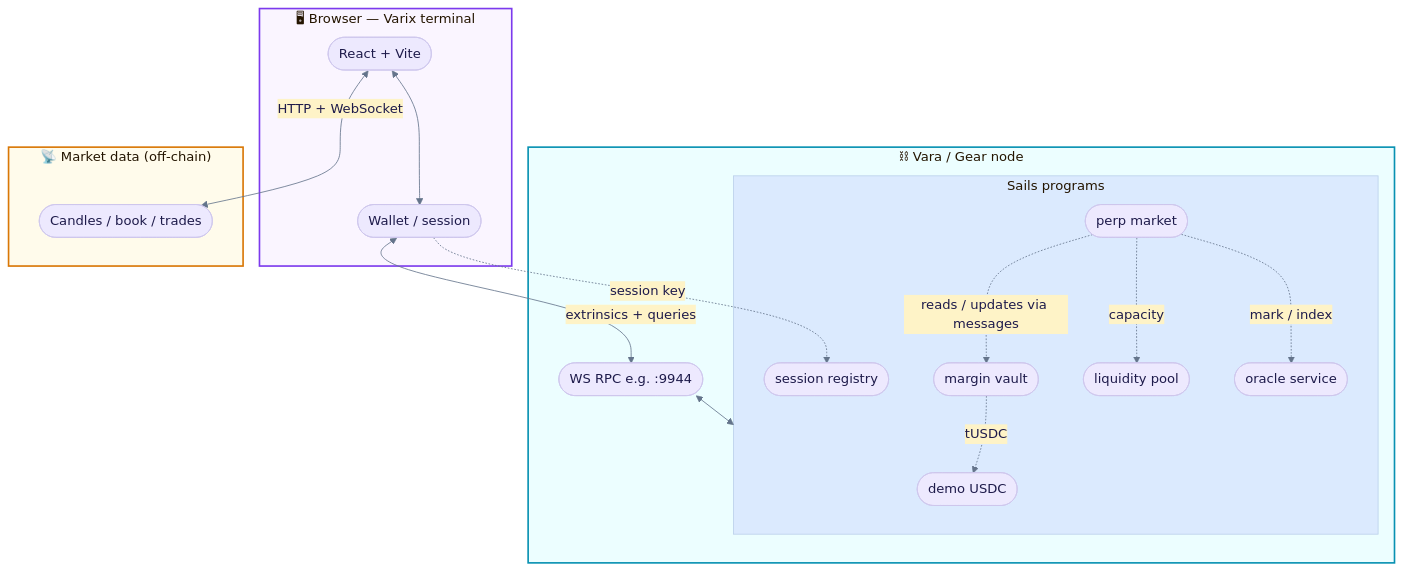
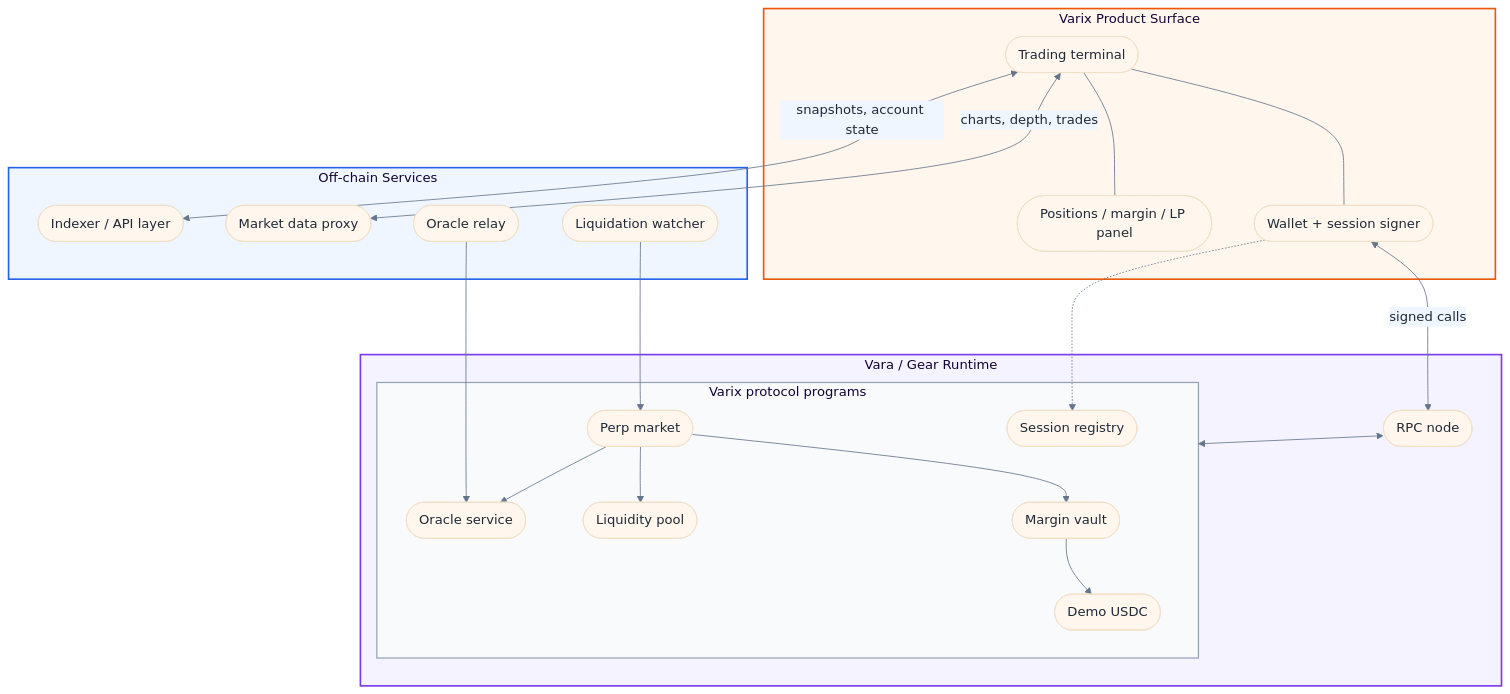
The first of 6 diagrams in README.md (Adityaakr/varix-perps), drawn with Mermaid before and after one commit. The commit also changed other lines of this file, not shown here.

Commit message:
Rewrite README for product architecture

````diff
--- a/README.md
+++ b/README.md
@@ -34,50 +98,65 @@
 ```mermaid
 %%{init: {
   "theme": "base",
   "themeVariables": {
-    "primaryColor": "#ede9fe",
-    "primaryTextColor": "#1e1b4b",
-    "secondaryColor": "#fef3c7",
-    "tertiaryColor": "#dbeafe",
-    "lineColor": "#64748b",
-    "fontFamily": "ui-sans-serif, system-ui, sans-serif"
+    "fontFamily": "ui-sans-serif, system-ui, sans-serif",
+    "primaryColor": "#fff7ed",
+    "primaryTextColor": "#1f2937",
+    "secondaryColor": "#eff6ff",
+    "tertiaryColor": "#ecfccb",
+    "lineColor": "#64748b"
   },
-  "flowchart": { "curve": "basis", "padding": 16, "nodeSpacing": 55, "rankSpacing": 70 }
+  "flowchart": {
+    "curve": "basis",
+    "padding": 20,
+    "nodeSpacing": 52,
+    "rankSpacing": 68
+  }
 }}%%
 flowchart TB
-  subgraph CLIENT["🖥 Browser — Varix terminal"]
-    UI([React + Vite])
-    WALLET([Wallet / session])
-    UI <--> WALLET
+  subgraph UX["Varix Product Surface"]
+    APP([Trading terminal])
+    SESSION([Wallet + session signer])
+    PORTFOLIO([Positions / margin / LP panel])
+    APP --- SESSION
+    APP --- PORTFOLIO
   end
 
-  subgraph CHAIN["⛓ Vara / Gear node"]
-    RPC([WS RPC e.g. :9944])
-    subgraph PROGRAMS["Sails programs"]
-      TUSDC([demo USDC])
-      SESS([session registry])
-      VAULT([margin vault])
-      LP([liquidity pool])
-      ORA([oracle service])
-      PERP([perp market])
-    end
-    RPC <--> PROGRAMS
+  subgraph OFF["Off-chain Services"]
+    DATA([Market data proxy])
+    INDEXER([Indexer / API layer])
+    RELAY([Oracle relay])
+    WATCHER([Liquidation watcher])
   end
 
-  subgraph FEED["📡 Market data (off-chain)"]
-    CANDLES([Candles / book / trades])
+  subgraph CHAIN["Vara / Gear Runtime"]
+    NODE([RPC node])
+    subgraph PROTOCOL["Varix protocol programs"]
+      TOKEN([Demo USDC])
+      REG([Session registry])
+      VAULT([Margin vault])
+      POOL([Liquidity pool])
+      ORACLE([Oracle service])
+      MARKET([Perp market])
+    end
   end
 
-  WALLET <-->|extrinsics + queries| RPC
-  UI <-->|HTTP + WebSocket| CANDLES
+  APP <-->|charts, depth, trades| DATA
+  APP <-->|snapshots, account state| INDEXER
+  SESSION <-->|signed calls| NODE
+  NODE <--> PROTOCOL
 
-  PERP -.->|reads / updates via messages| VAULT
-  PERP -.->|capacity| LP
-  PERP -.->|mark / index| ORA
-  VAULT -.->|tUSDC| TUSDC
-  WALLET -.->|session key| SESS
+  RELAY --> ORACLE
+  WATCHER --> MARKET
 
-  style CLIENT fill:#faf5ff,stroke:#7c3aed,stroke-width:2px
-  style CHAIN fill:#ecfeff,stroke:#0891b2,stroke-width:2px
-  style FEED fill:#fffbeb,stroke:#d97706,stroke-width:2px
+  MARKET --> VAULT
+  MARKET --> POOL
+  MARKET --> ORACLE
+  VAULT --> TOKEN
+  SESSION -.-> REG
+
+  style UX fill:#fff7ed,stroke:#ea580c,stroke-width:2px
+  style OFF fill:#eff6ff,stroke:#2563eb,stroke-width:2px
+  style CHAIN fill:#f5f3ff,stroke:#7c3aed,stroke-width:2px
+  style PROTOCOL fill:#f8fafc,stroke:#94a3b8,stroke-width:1.5px
 ```
````
